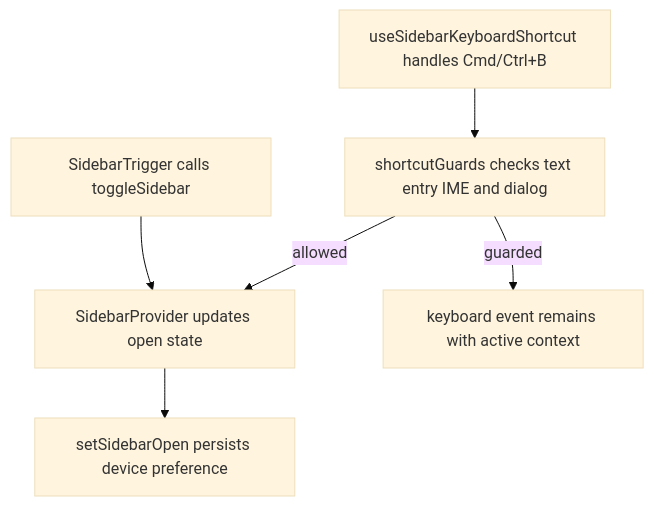
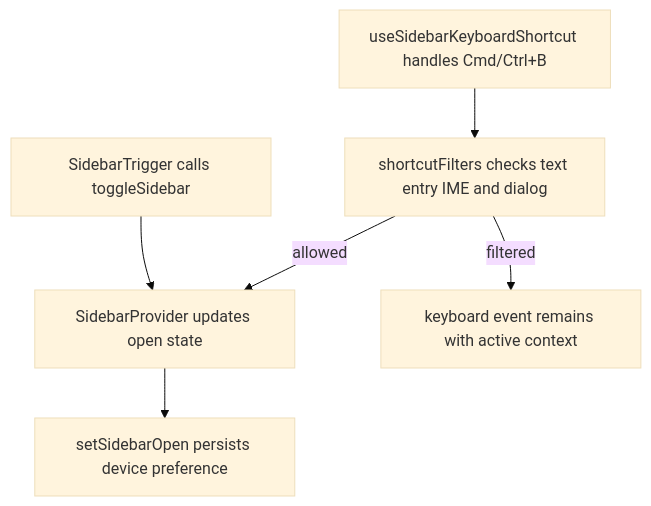
One commit to Kevinjohn/capacitylens changed the second of 2 diagrams in user-stories/navigation/US-NAV-22-desktop-sidebar-toggle.md. Above: the diagram before and after it, drawn with Mermaid (base theme). The commit also changed other lines of this file and 20 other files, not shown here.

First line of the commit message:
Guard to check, filter and rule: rename non-auth guards

````diff
--- a/user-stories/navigation/US-NAV-22-desktop-sidebar-toggle.md
+++ b/user-stories/navigation/US-NAV-22-desktop-sidebar-toggle.md
@@ -29,8 +29,8 @@
 ```mermaid
 flowchart TD
   button["SidebarTrigger calls toggleSidebar"] --> state["SidebarProvider updates open state"]
-  key["useSidebarKeyboardShortcut handles Cmd/Ctrl+B"] --> guard["shortcutGuards checks text entry IME and dialog"]
-  guard -->|allowed| state
-  guard -->|guarded| context["keyboard event remains with active context"]
+  key["useSidebarKeyboardShortcut handles Cmd/Ctrl+B"] --> filter["shortcutFilters checks text entry IME and dialog"]
+  filter -->|allowed| state
+  filter -->|filtered| context["keyboard event remains with active context"]
   state --> pref["setSidebarOpen persists device preference"]
 ```
````
